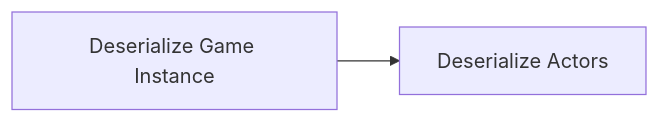
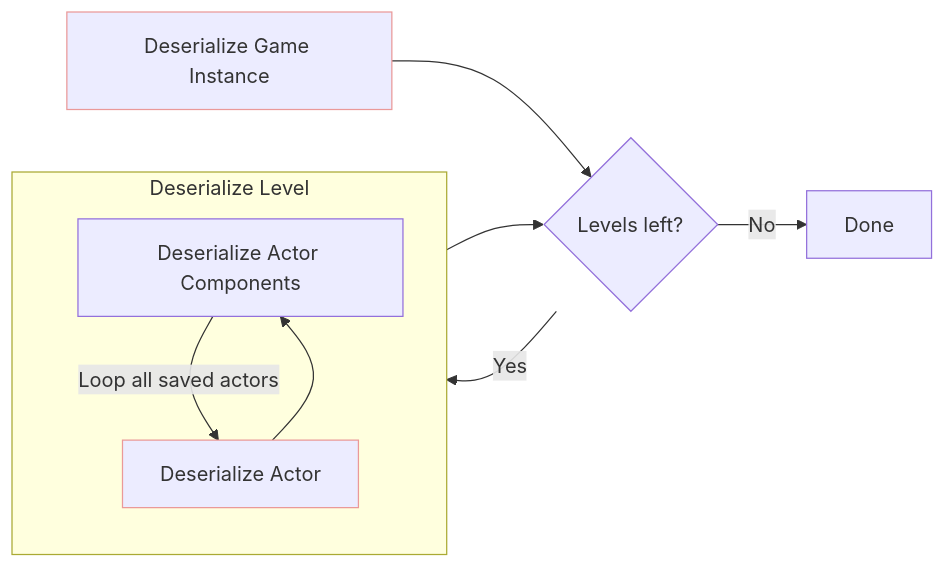
Before and after one commit to PipeRift/SaveExtension: the third of 3 diagrams in Docs/resources/loading-process.md, drawn with Mermaid. The commit also changed other lines of this file and 11 other files, not shown here.

````diff
--- a/Docs/resources/loading-process.md
+++ b/Docs/resources/loading-process.md
@@ -48,4 +52,15 @@
 ```mermaid
 flowchart LR
-    A[Deserialize Game Instance] --> B[Deserialize Actors];
+    classDef CEntry stroke:#ea9999;
+
+    A[Deserialize Game Instance]:::CEntry --> Loop;
+    Loop{Levels left?} -->|No| Done
+    Loop -->|Yes| DeserializeLevel
+
+    subgraph DeserializeLevel [Deserialize Level]
+      LevelB -->|Loop all saved actors| LevelA;
+      LevelA[Deserialize Actor]:::CEntry --> LevelB[Deserialize Actor Components];
+    end
+
+    DeserializeLevel --> Loop;
 ```
````
